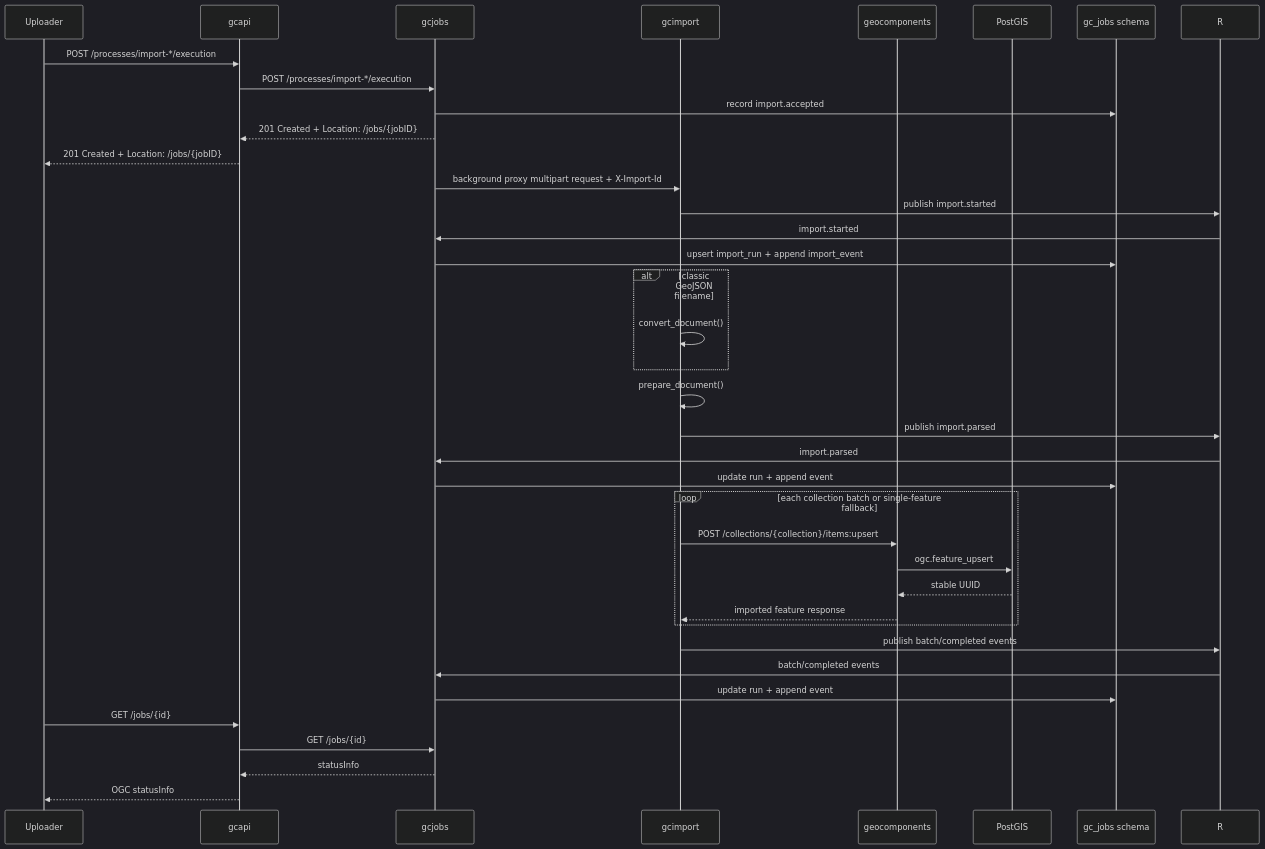
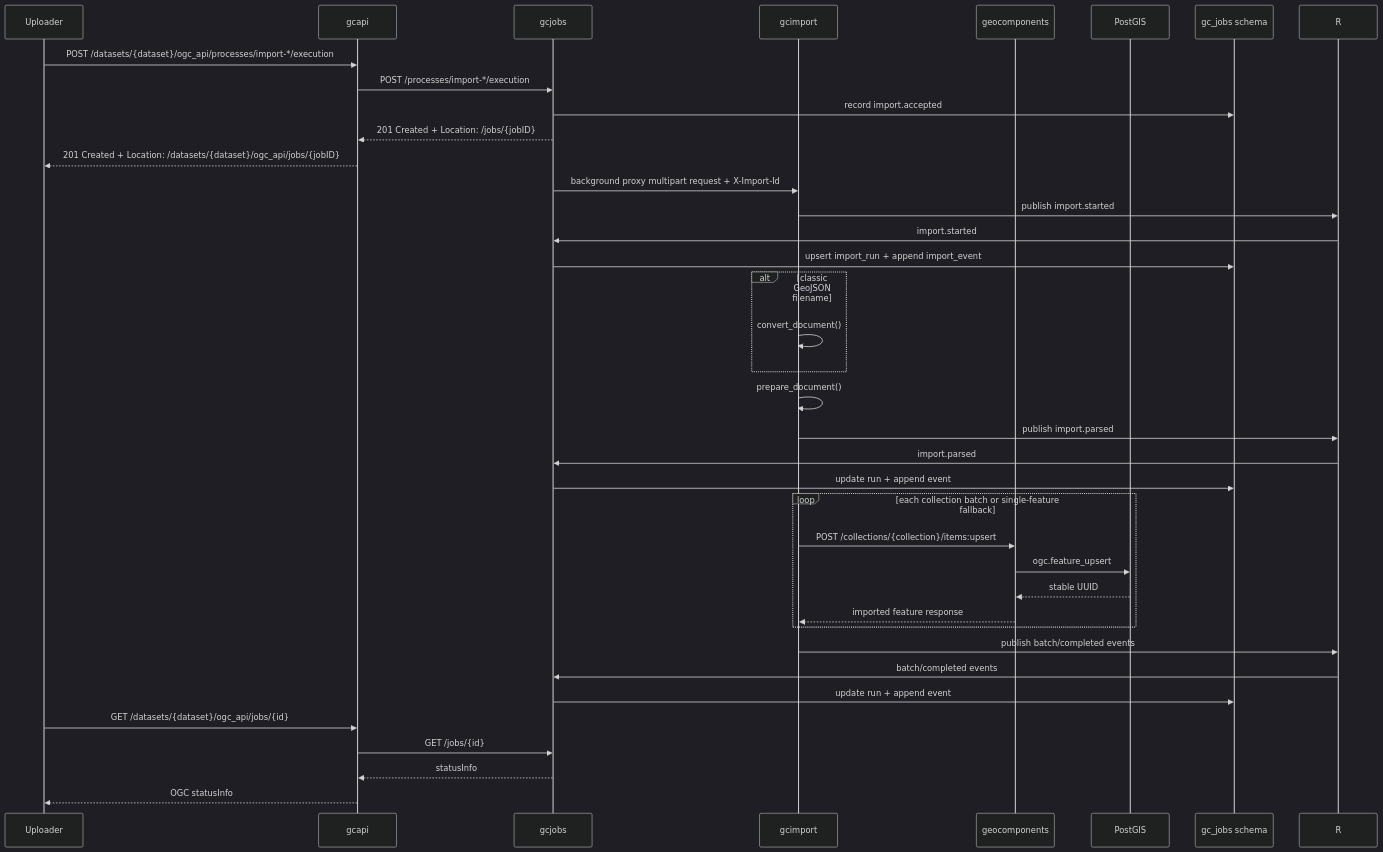
One commit to kartverket/topografisk-gdb-api changed the seventh of 10 diagrams in docs/ARCHITECTURE.md. Above: the diagram before and after it, drawn with Mermaid (dark theme). The commit also changed other lines of this file and 14 other files, not shown here.

````diff
--- a/docs/ARCHITECTURE.md
+++ b/docs/ARCHITECTURE.md
@@ -286,40 +286,40 @@
 ```mermaid
 sequenceDiagram
   participant U as Uploader
   participant A as gcapi
   participant J as gcjobs
   participant I as gcimport
   participant G as geocomponents
   participant DB as PostGIS
   participant JDB as gc_jobs schema
 
-  U->>A: POST /processes/import-*/execution
+  U->>A: POST /datasets/{dataset}/ogc_api/processes/import-*/execution
   A->>J: POST /processes/import-*/execution
   J->>JDB: record import.accepted
   J-->>A: 201 Created + Location: /jobs/{jobID}
-  A-->>U: 201 Created + Location: /jobs/{jobID}
+  A-->>U: 201 Created + Location: /datasets/{dataset}/ogc_api/jobs/{jobID}
   J->>I: background proxy multipart request + X-Import-Id
   I->>R: publish import.started
   R->>J: import.started
   J->>JDB: upsert import_run + append import_event
   alt classic GeoJSON filename
     I->>I: convert_document()
   end
   I->>I: prepare_document()
   I->>R: publish import.parsed
   R->>J: import.parsed
   J->>JDB: update run + append event
   loop each collection batch or single-feature fallback
     I->>G: POST /collections/{collection}/items:upsert
     G->>DB: ogc.feature_upsert
     DB-->>G: stable UUID
     G-->>I: imported feature response
   end
   I->>R: publish batch/completed events
   R->>J: batch/completed events
   J->>JDB: update run + append event
-  U->>A: GET /jobs/{id}
+  U->>A: GET /datasets/{dataset}/ogc_api/jobs/{id}
   A->>J: GET /jobs/{id}
   J-->>A: statusInfo
   A-->>U: OGC statusInfo
 ```
````
